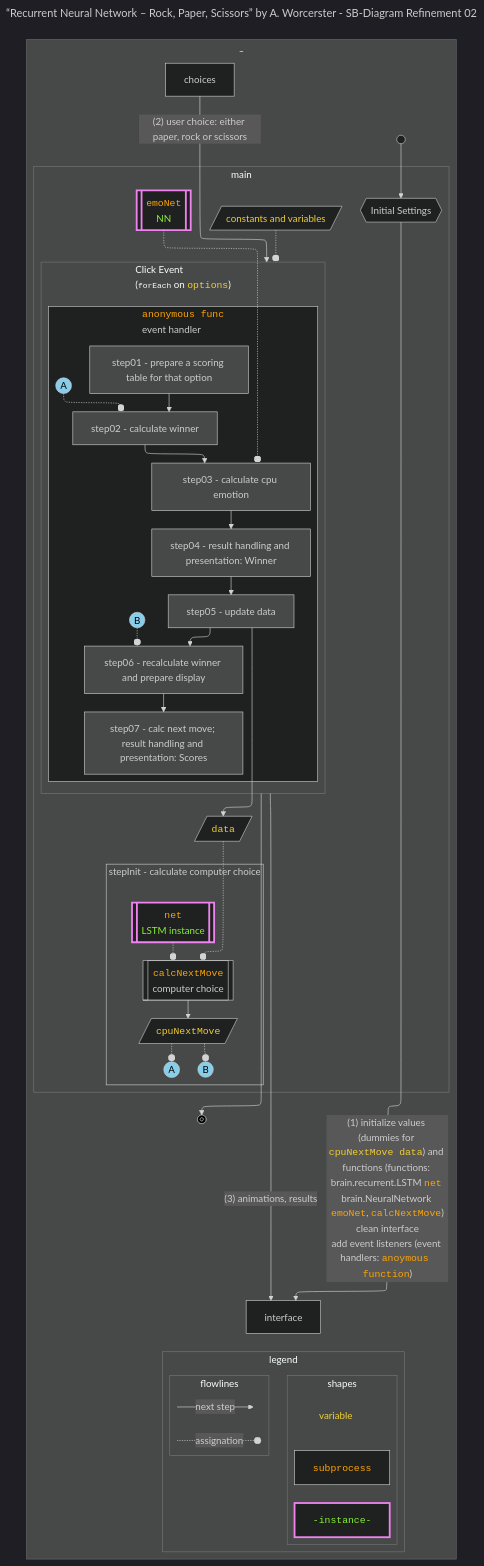
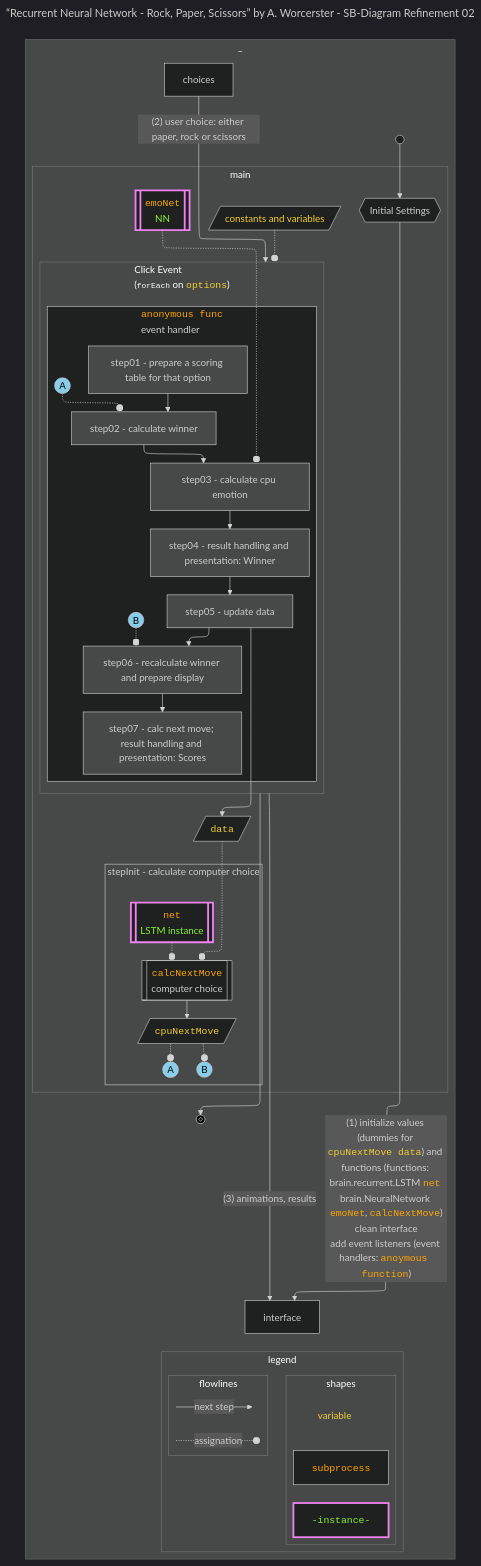
Before and after one commit to chanhi2000/bookshelf: the fifth of 8 diagrams in src/freecodecamp.org/how-to-become-an-analytical-programmer-compare-five-projects/5-recurrent-neural-network-rock-paper-scissors-by-andrew-worcerster-a-project-implementing-ai.md, drawn with Mermaid. The commit also changed other lines of this file and 2722 other files, not shown here.

````diff
--- a/src/freecodecamp.org/how-to-become-an-analytical-programmer-compare-five-projects/5-recurrent-neural-network-rock-paper-scissors-by-andrew-worcerster-a-project-implementing-ai.md
+++ b/src/freecodecamp.org/how-to-become-an-analytical-programmer-compare-five-projects/5-recurrent-neural-network-rock-paper-scissors-by-andrew-worcerster-a-project-implementing-ai.md
@@ -275,75 +275,75 @@
 ```mermaid :collapsed-lines title=""
 ---
-title: “Recurrent Neural Network – Rock, Paper, Scissors” by A. Worcerster - SB-Diagram Refinement 02
+title: “Recurrent Neural Network - Rock, Paper, Scissors” by A. Worcerster - SB-Diagram Refinement 02
 config:
     theme: dark
     layout: "elk"
     flowchart:
         nodeSpacing: 50
         rankSpacing: 50
 ---
 flowchart TD
 subgraph _
 subgraph main
 init
 constvar@{shape: lean-r, label: "<span style="color:#f1ce32">constants and variables</span>"} -.-o clickEventListener
 step05 --> data@{shape: lean-r, label: "<code style="color:#f1ce32">data</code>"}
 data -.-o calcNextMove
 subgraph step00["stepInit - calculate computer choice"]
     calcNextMove@{shape: fr-rect, label: "<code style="color:orange">calcNextMove</code><br/>computer choice"} --> cpuNextMove@{shape: lean-r, label: "<code style="color:#f1ce32">cpuNextMove</code>"}
     LSTM@{shape: fr-rect, label: "<code style="color:orange">net</code><br/>LSTM instance"} -.-o calcNextMove
     cpuNextMove -.-o Dout((A))
     cpuNextMove -.-o Eout((B))
 end
 NN@{shape: fr-rect, label: "<code style="color:orange">emoNet</code><br/>NN"} -.-o step03
 subgraph clickEventListener["Click Event<br/>(<code style="font-size:13px">forEach</code> on <code style="color:#f1ce32">options</code>)"]
     subgraph eventHandler["<code style="color:orange">anonymous func</code><br/>event handler"]
         step01["step01 - prepare a scoring table for that option"] --> step02["step02 - calculate winner"]
         step02 --> step03["step03 - calculate cpu emotion"]
         step03 --> step04["step04 - result handling and presentation: Winner"]
         step04 --> step05["step05 - update data"]
         step05 --> step06["step06 - recalculate winner and prepare display"]
         step06 --> step07["step07 - calc next move; result handling and presentation: Scores"]
         Din((A)) -.-o step02
         Ein((B)) -.-o step06    
     end
 end
 end
 init --> |"(1) initialize values (dummies for <code style="color:#f1ce32">cpuNextMove data</code>) and functions (functions: brain.recurrent.LSTM <code style="color:orange">net</code> brain.NeuralNetwork <code style="color:orange">emoNet</code>, <code style="color:orange">calcNextMove</code>)<br>clean interface<br>add event listeners (event handlers: <code style="color:orange">anoymous function</code>)"|interface
 clickEventListener --> stop@{shape: framed-circle}
 start@{shape: start} --> init@{shape: hex, label: "Initial Settings"}
 choices --> |"(2) user choice: either paper, rock or scissors"| clickEventListener
 clickEventListener --> |"(3) animations, results"| interface
 
 subgraph legend
       direction LR
       subgraph flowlines
         start1[ ] -->|"next step"| stop1[ ]
         style start1 height:0px;
         style stop1 height:0px;
         start2[ ] -.-o|"assignation"| stop2[ ]
         style start2 height:0px;
         style stop2 height:0px;
       end
       subgraph shapes
       variable["variable"]
       style variable width:135px, fill:none, stroke:none, color:#f1ce32
       subprocess[<code style="color:orange;">subprocess</code>]
       instance[<code style="color:#87f134;">-instance-</code>]
       style instance stroke:violet, stroke-width: 3px;
       end
 end
 end
 interface ~~~ legend
 
 style start fill:black
 style stop fill:black, fill-stroke:white
 classDef subProc fill:#1f2020, stroke: #CCC, color:#CCC
 class eventHandler,gameConstrt subProc
 classDef inst fill:#1f2020, color:#87f134, stroke:violet, stroke-width: 3px
 class NN,LSTM inst
 classDef step fill:#474949, stroke: #CCC, color:#CCC
 class step00,step01,step02,step03,step04,step05,step06,step07 step
 classDef connectorcpuNextMove fill:skyblue, color:black
 class Dout,Din,Eout,Ein connectorcpuNextMove
 ```
````
